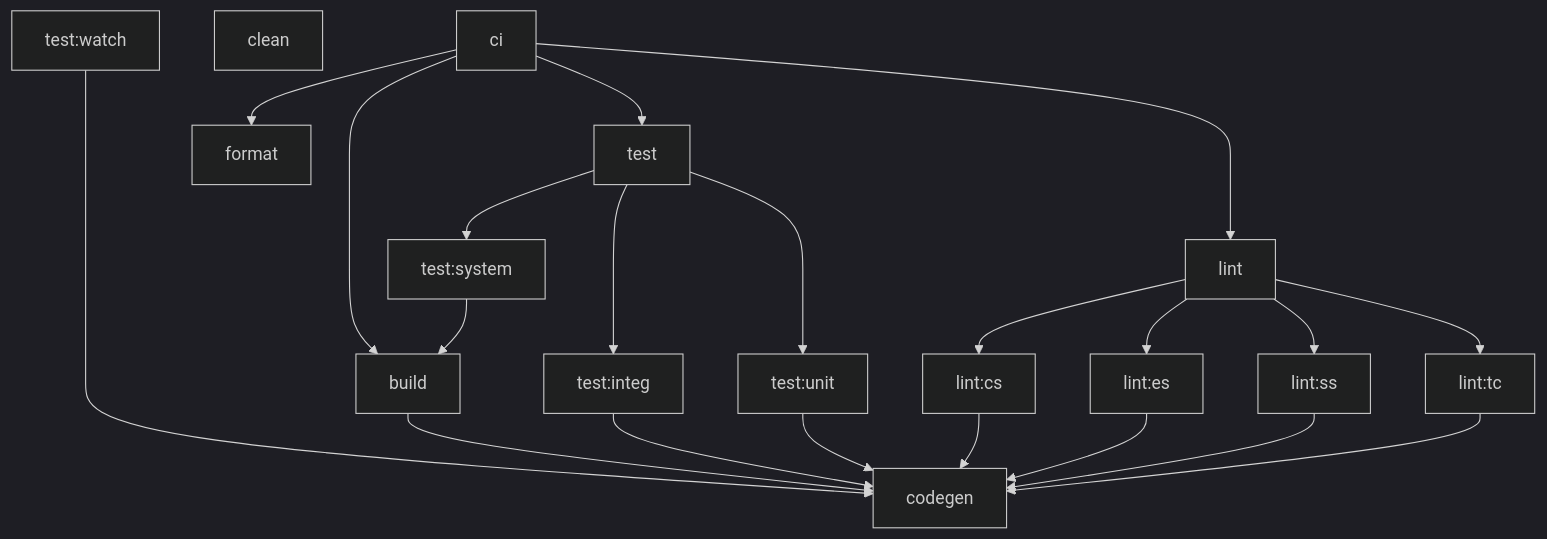
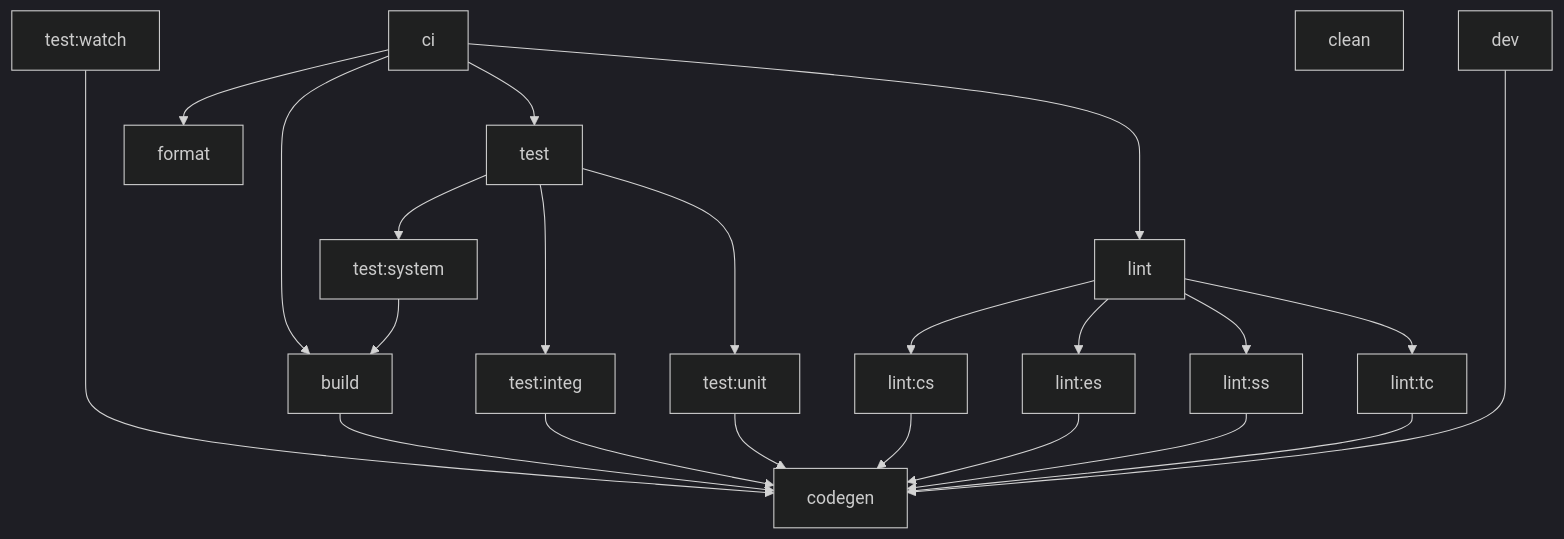
The second of 2 diagrams in README.md (connorjs/nx-polyglot-example), drawn with Mermaid (dark theme) before and after one commit. The commit also changed other lines of this file and 1 other file, not shown here.

````diff
--- a/README.md
+++ b/README.md
@@ -130,28 +135,30 @@
 ```mermaid
 graph TD;
     test:watch -----> codegen
-    clean
   
     ci --> build
     ci --> test
     ci --> format
     ci --> lint
     
     build --> codegen
     
     test --> test:system
     test --> test:integ
     test --> test:unit
     test:system --> build
     test:integ --> codegen
     test:unit --> codegen
     
     lint --> lint:cs
     lint --> lint:es
     lint --> lint:ss
     lint --> lint:tc
     lint:cs --> codegen
     lint:es --> codegen
     lint:ss --> codegen
     lint:tc --> codegen
+    
+    clean
+    dev -----> codegen
 ```
````
